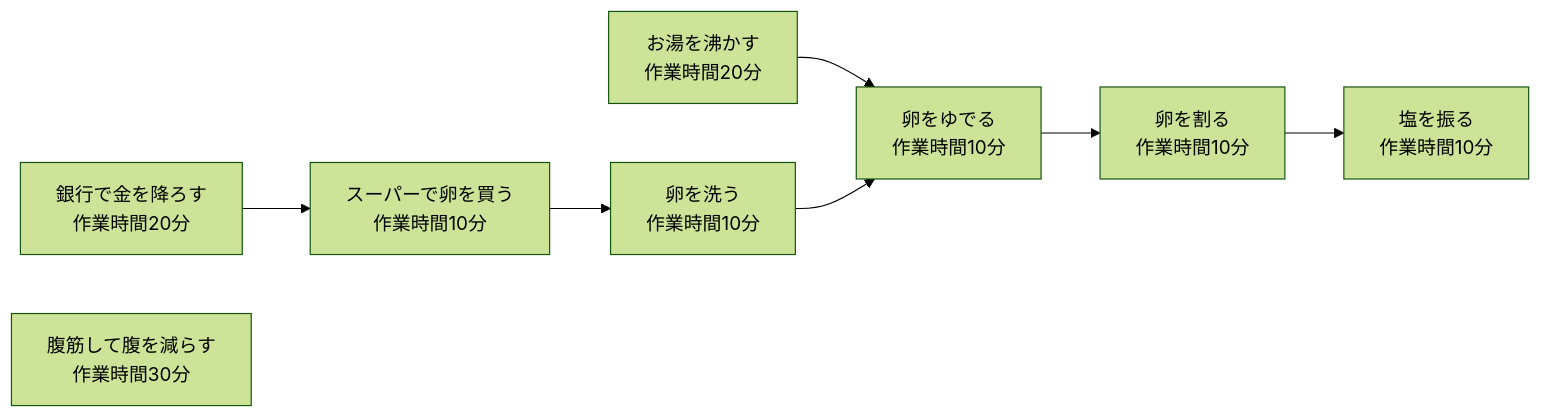
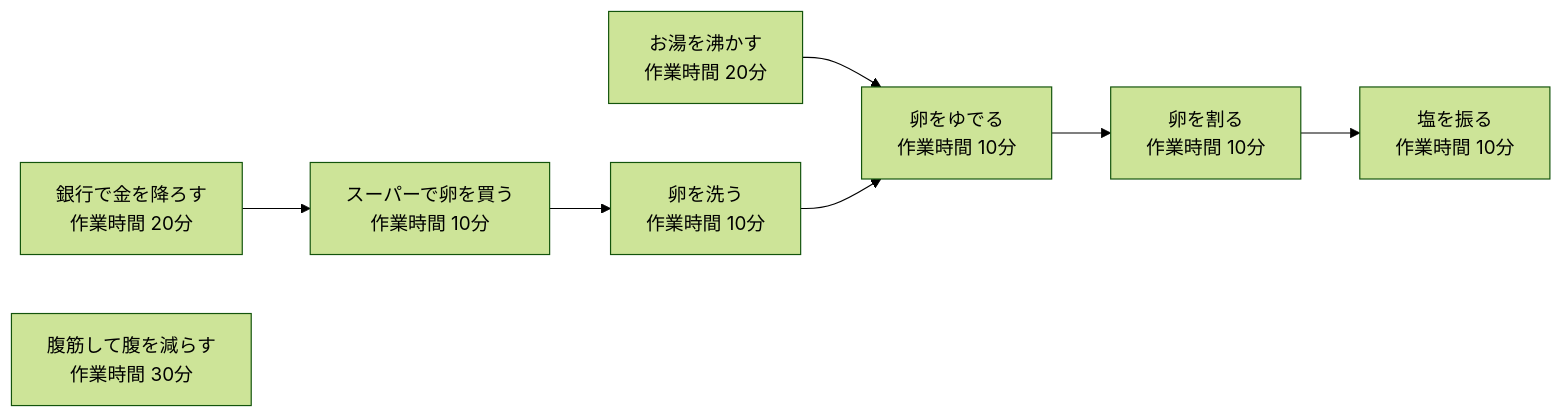
Before and after one commit to Skypeace8585/pages: the fifth of 5 diagrams in eat_boild_eggs.md, drawn with Mermaid (forest theme).

````diff
--- a/eat_boild_eggs.md
+++ b/eat_boild_eggs.md
@@ -62,26 +62,25 @@
 ```mermaid
 flowchart LR
     id1["銀行で金を降ろす
-    作業時間20分"]
+    作業時間 20分"]
     id2["スーパーで卵を買う"
-    作業時間10分]
+    作業時間 10分]
     id3["卵を洗う
-    作業時間10分"]
+    作業時間 10分"]
     id4["お湯を沸かす
-    作業時間20分"]
+    作業時間 20分"]
     id5["卵をゆでる
-    作業時間10分"]
+    作業時間 10分"]
     id6["卵を割る
-    作業時間10分"]
+    作業時間 10分"]
     id7["塩を振る
-    作業時間10分"]
+    作業時間 10分"]
     id8["腹筋して腹を減らす
-    作業時間30分"]
-    
+    作業時間 30分"]
     id1 --> id2
     id2 --> id3
     id4 --> id5
     id5 --> id6
     id6 --> id7
     id3 --> id5
 ```
````
